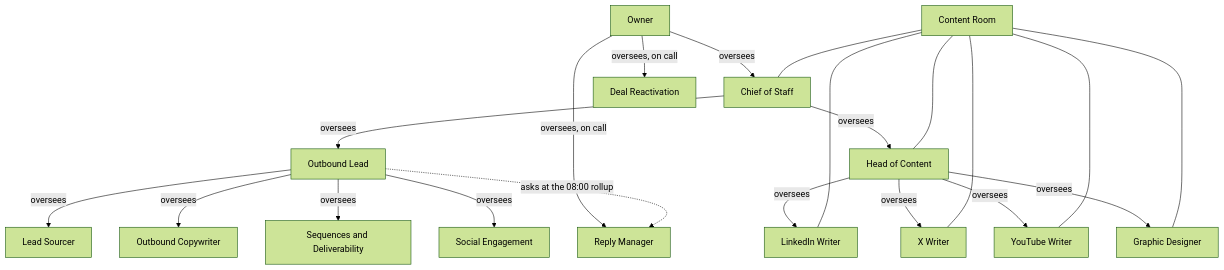
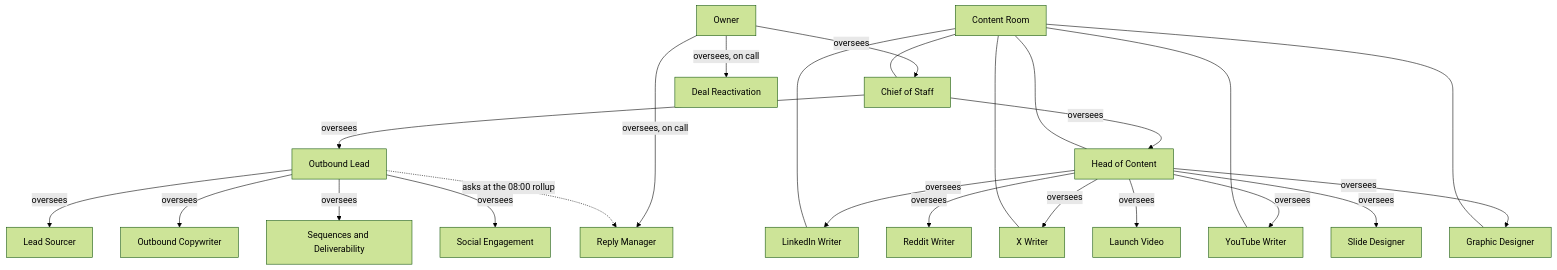
The diagram in docs/start-here.md (luisfigueroavale/dreamstate-gtm-team), drawn with Mermaid (forest theme) before and after one commit. The commit also changed other lines of this file and 8 other files, not shown here.

First line of the commit message:
Add Reddit Writer, Launch Video, and Slide Designer seats (#8)

````diff
--- a/docs/start-here.md
+++ b/docs/start-here.md
@@ -89,31 +101,34 @@
 ```mermaid
 flowchart TD
   owner[Owner]
   cos[Chief of Staff]
   ol[Outbound Lead]
   hoc[Head of Content]
   deals[Deal Reactivation]
   reply[Reply Manager]
   room[Content Room]
 
   owner -->|oversees| cos
   owner -->|oversees, on call| deals
   owner -->|oversees, on call| reply
   cos -->|oversees| ol
   cos -->|oversees| hoc
   ol -->|oversees| ls[Lead Sourcer]
   ol -->|oversees| copy[Outbound Copywriter]
   ol -->|oversees| seq[Sequences and Deliverability]
   ol -->|oversees| social[Social Engagement]
   ol -.->|asks at the 08:00 rollup| reply
   hoc -->|oversees| li[LinkedIn Writer]
   hoc -->|oversees| xw[X Writer]
   hoc -->|oversees| yt[YouTube Writer]
   hoc -->|oversees| gd[Graphic Designer]
+  hoc -->|oversees| rw[Reddit Writer]
+  hoc -->|oversees| lv[Launch Video]
+  hoc -->|oversees| sl[Slide Designer]
   room --- cos
   room --- hoc
   room --- li
   room --- xw
   room --- yt
   room --- gd
 ```
````
